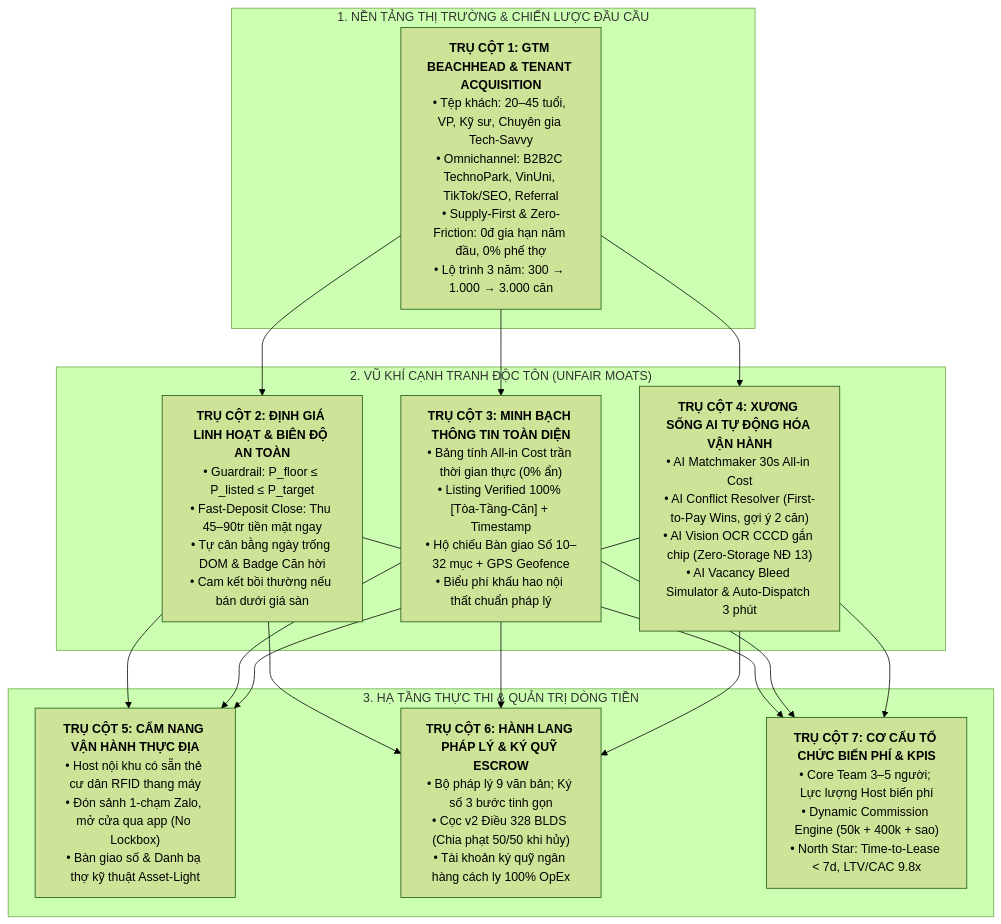
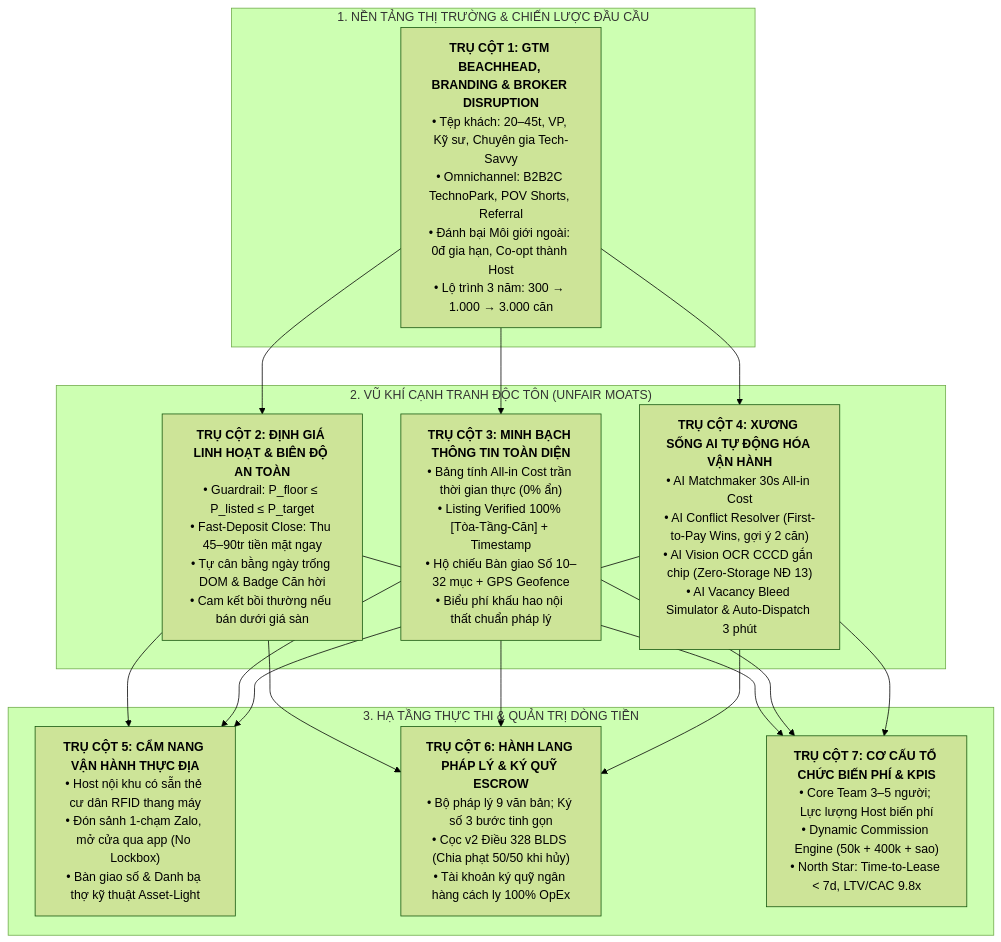
Before and after one commit to cvduynk-beep/duynk-demop2-t010: the first of 8 diagrams in docs/GO_TO_MARKET_AND_OPERATIONAL_STRATEGY.md, drawn with Mermaid (forest theme). The commit also changed other lines of this file, not shown here.

First line of the commit message:
docs(gtm): add competitor matrix and traditional broker disruption strategy

````diff
--- a/docs/GO_TO_MARKET_AND_OPERATIONAL_STRATEGY.md
+++ b/docs/GO_TO_MARKET_AND_OPERATIONAL_STRATEGY.md
@@ -49,21 +49,21 @@
 ```mermaid
 flowchart TD
     subgraph Market ["1. NỀN TẢNG THỊ TRƯỜNG & CHIẾN LƯỢC ĐẦU CẦU"]
-        P1["<b>TRỤ CỘT 1: GTM BEACHHEAD & TENANT ACQUISITION</b><br>• Tệp khách: 20–45 tuổi, VP, Kỹ sư, Chuyên gia Tech-Savvy<br>• Omnichannel: B2B2C TechnoPark, VinUni, TikTok/SEO, Referral<br>• Supply-First & Zero-Friction: 0đ gia hạn năm đầu, 0% phế thợ<br>• Lộ trình 3 năm: 300 → 1.000 → 3.000 căn"]
+        P1["<b>TRỤ CỘT 1: GTM BEACHHEAD, BRANDING & BROKER DISRUPTION</b><br>• Tệp khách: 20–45t, VP, Kỹ sư, Chuyên gia Tech-Savvy<br>• Omnichannel: B2B2C TechnoPark, POV Shorts, Referral<br>• Đánh bại Môi giới ngoài: 0đ gia hạn, Co-opt thành Host<br>• Lộ trình 3 năm: 300 → 1.000 → 3.000 căn"]
     end
 
     subgraph Moats ["2. VŨ KHÍ CẠNH TRANH ĐỘC TÔN (UNFAIR MOATS)"]
         P2["<b>TRỤ CỘT 2: ĐỊNH GIÁ LINH HOẠT & BIÊN ĐỘ AN TOÀN</b><br>• Guardrail: P_floor ≤ P_listed ≤ P_target<br>• Fast-Deposit Close: Thu 45–90tr tiền mặt ngay<br>• Tự cân bằng ngày trống DOM & Badge Căn hời<br>• Cam kết bồi thường nếu bán dưới giá sàn"]
         P3["<b>TRỤ CỘT 3: MINH BẠCH THÔNG TIN TOÀN DIỆN</b><br>• Bảng tính All-in Cost trần thời gian thực (0% ẩn)<br>• Listing Verified 100% [Tòa-Tầng-Căn] + Timestamp<br>• Hộ chiếu Bàn giao Số 10–32 mục + GPS Geofence<br>• Biểu phí khấu hao nội thất chuẩn pháp lý"]
         P4["<b>TRỤ CỘT 4: XƯƠNG SỐNG AI TỰ ĐỘNG HÓA VẬN HÀNH</b><br>• AI Matchmaker 30s All-in Cost<br>• AI Conflict Resolver (First-to-Pay Wins, gợi ý 2 căn)<br>• AI Vision OCR CCCD gắn chip (Zero-Storage NĐ 13)<br>• AI Vacancy Bleed Simulator & Auto-Dispatch 3 phút"]
     end
 
     subgraph Execution ["3. HẠ TẦNG THỰC THI & QUẢN TRỊ DÒNG TIỀN"]
         P5["<b>TRỤ CỘT 5: CẨM NANG VẬN HÀNH THỰC ĐỊA</b><br>• Host nội khu có sẵn thẻ cư dân RFID thang máy<br>• Đón sảnh 1-chạm Zalo, mở cửa qua app (No Lockbox)<br>• Bàn giao số & Danh bạ thợ kỹ thuật Asset-Light"]
         P6["<b>TRỤ CỘT 6: HÀNH LANG PHÁP LÝ & KÝ QUỸ ESCROW</b><br>• Bộ pháp lý 9 văn bản; Ký số 3 bước tinh gọn<br>• Cọc v2 Điều 328 BLDS (Chia phạt 50/50 khi hủy)<br>• Tài khoản ký quỹ ngân hàng cách ly 100% OpEx"]
         P7["<b>TRỤ CỘT 7: CƠ CẤU TỔ CHỨC BIẾN PHÍ & KPIS</b><br>• Core Team 3–5 người; Lực lượng Host biến phí<br>• Dynamic Commission Engine (50k + 400k + sao)<br>• North Star: Time-to-Lease < 7d, LTV/CAC 9.8x"]
     end
 
     P1 --> P2 & P3 & P4
     P2 & P3 & P4 --> P5 & P6 & P7
 ```
````
